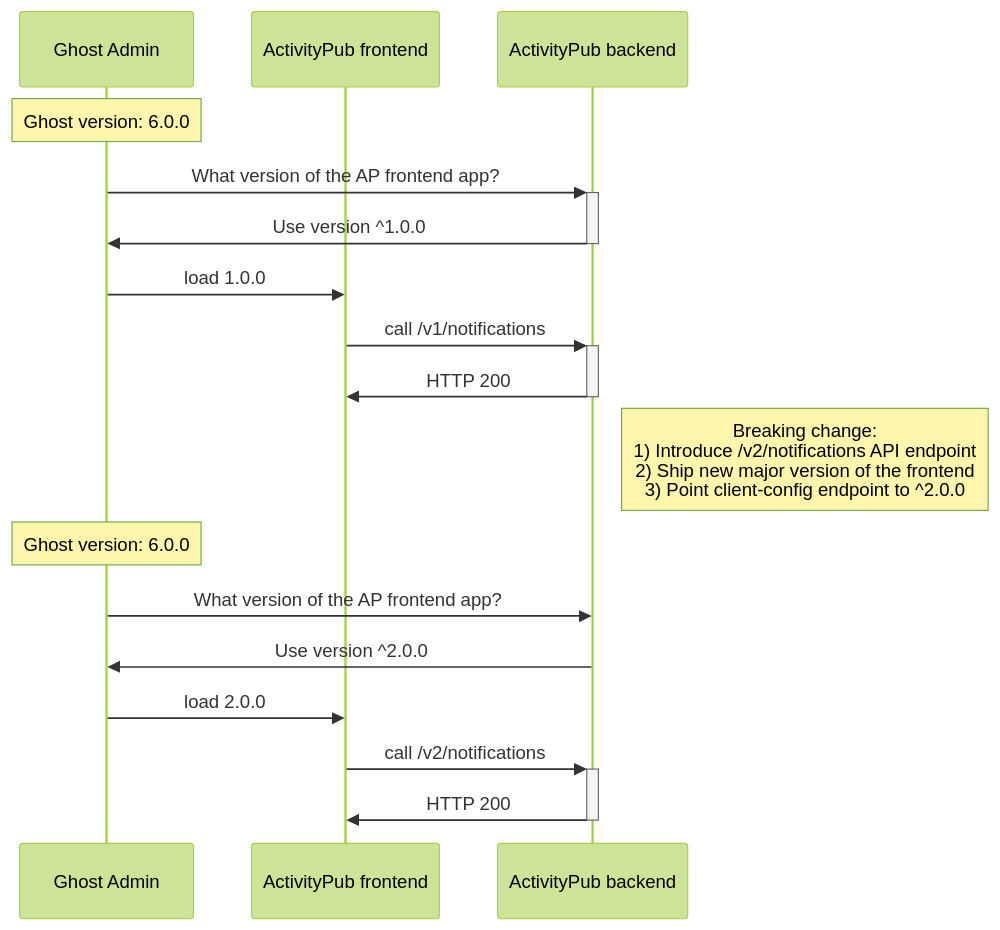
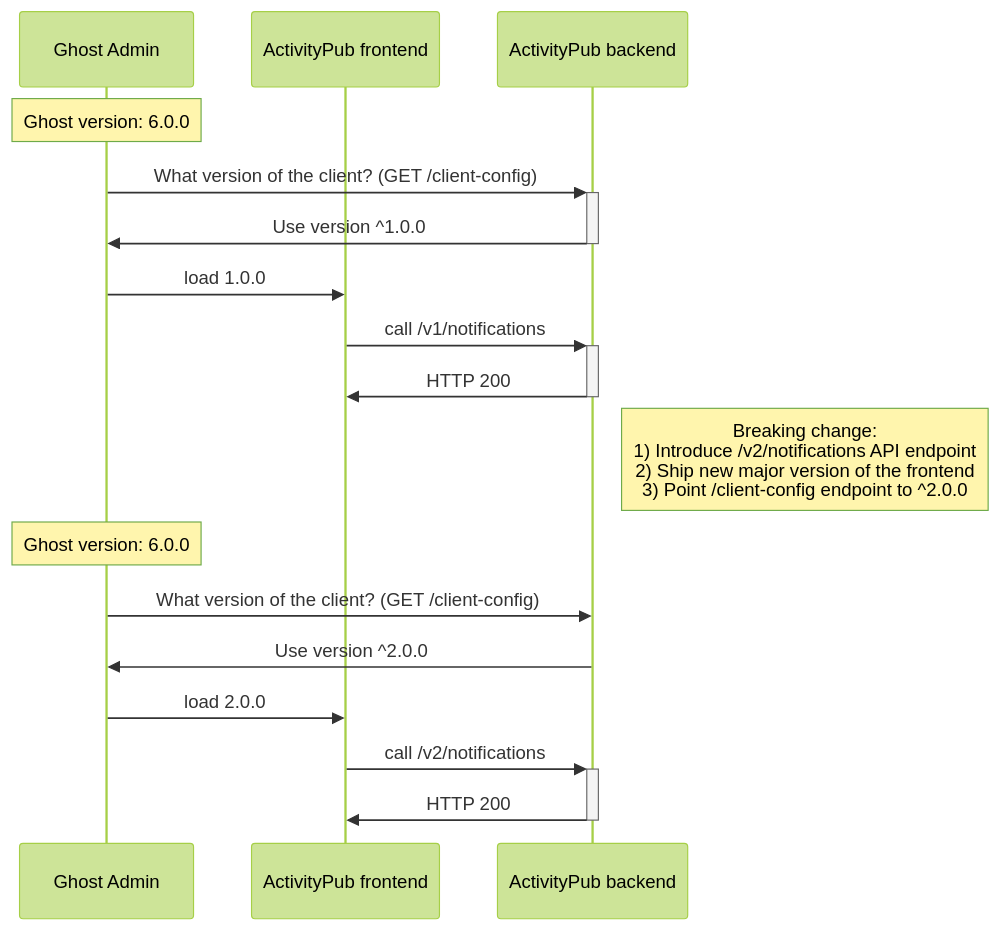
The second of 2 diagrams in adr/0002-frontend-backend-versioning.md (TryGhost/ActivityPub), drawn with Mermaid (forest theme) before and after one commit. The commit also changed other lines of this file, not shown here.

Commit message:
Some more updates

````diff
--- a/adr/0002-frontend-backend-versioning.md
+++ b/adr/0002-frontend-backend-versioning.md
@@ -77,24 +77,24 @@
 ```mermaid
 sequenceDiagram
     participant GA as Ghost Admin
     participant APF as ActivityPub frontend
     participant APB as ActivityPub backend
 
     Note over GA: Ghost version: 6.0.0
 
-    GA->>+APB: What version of the AP frontend app?
+    GA->>+APB: What version of the client? (GET /client-config)
     APB->>-GA: Use version ^1.0.0
     GA->>APF: load 1.0.0
     APF->>+APB: call /v1/notifications
     APB->>-APF: HTTP 200
 
-    Note right of APB: Breaking change:<br/>1) Introduce /v2/notifications API endpoint<br/>2) Ship new major version of the frontend<br/>3) Point client-config endpoint to ^2.0.0
+    Note right of APB: Breaking change:<br/>1) Introduce /v2/notifications API endpoint<br/>2) Ship new major version of the frontend<br/>3) Point /client-config endpoint to ^2.0.0
 
     Note over GA: Ghost version: 6.0.0
 
-    GA->>APB: What version of the AP frontend app?
+    GA->>APB: What version of the client? (GET /client-config)
     APB->>GA: Use version ^2.0.0
     GA->>APF: load 2.0.0
     APF->>+APB: call /v2/notifications
     APB->>-APF: HTTP 200
 ```
````
